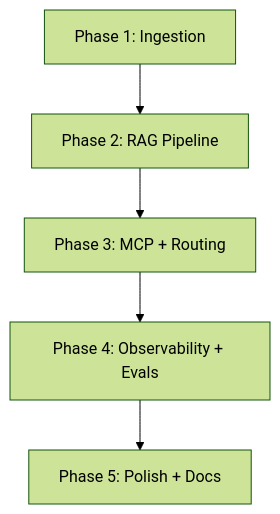
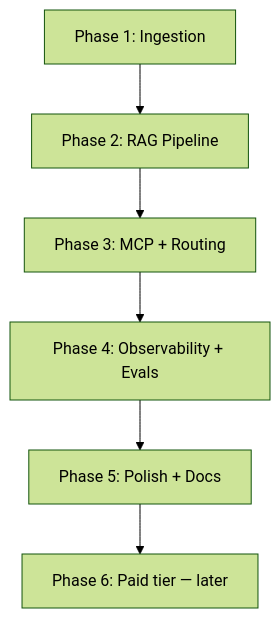
One commit to nikhil008-git/nmemo-ai changed the diagram in docs/knowledge-agent/PHASES.md. Above: the diagram before and after it, drawn with Mermaid (forest theme). The commit also changed other lines of this file and 8 other files, not shown here.

````diff
--- a/docs/knowledge-agent/PHASES.md
+++ b/docs/knowledge-agent/PHASES.md
@@ -148,7 +174,8 @@
 ```mermaid
 flowchart TD
     P1[Phase 1: Ingestion] --> P2[Phase 2: RAG Pipeline]
     P2 --> P3[Phase 3: MCP + Routing]
     P3 --> P4[Phase 4: Observability + Evals]
     P4 --> P5[Phase 5: Polish + Docs]
+    P5 --> P6[Phase 6: Paid tier — later]
 ```
````
